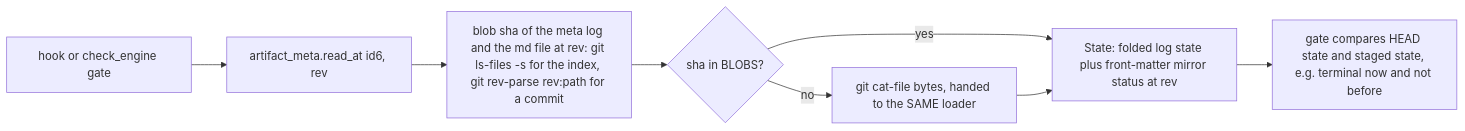
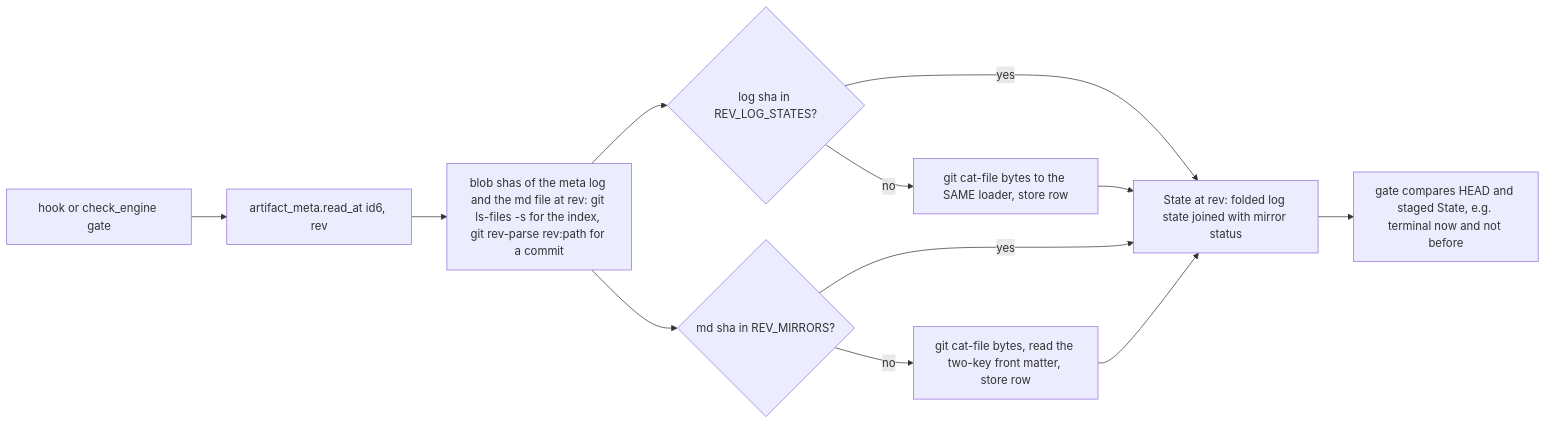
Before and after one commit to fariello/agent-workflows: the sixth of 10 diagrams in .aw/records/specs/reviewed/20260925-metastore-01-4sd62s-artifact-metadata-store.spec.md, drawn with Mermaid. The commit also changed other lines of this file and 1 other file, not shown here.

First line of the commit message:
spec-review: harden 4sd62s round 8 (cache schema, run index, naming rule, write order; revisions applied)

````diff
--- a/.aw/records/specs/reviewed/20260925-metastore-01-4sd62s-artifact-metadata-store.spec.md
+++ b/.aw/records/specs/reviewed/20260925-metastore-01-4sd62s-artifact-metadata-store.spec.md
@@ -758,10 +1094,14 @@
 ```mermaid
 flowchart LR
     A["hook or check_engine gate"] --> B["artifact_meta.read_at id6, rev"]
-    B --> C["blob sha of the meta log and the md file at rev: git ls-files -s for the index, git rev-parse rev:path for a commit"]
-    C --> D{"sha in BLOBS?"}
-    D -- yes --> F
-    D -- no --> E["git cat-file bytes, handed to the SAME loader"]
-    E --> F["State: folded log state plus front-matter mirror status at rev"]
-    F --> G["gate compares HEAD state and staged state, e.g. terminal now and not before"]
+    B --> C["blob shas of the meta log and the md file at rev: git ls-files -s for the index, git rev-parse rev:path for a commit"]
+    C --> D1{"log sha in REV_LOG_STATES?"}
+    C --> D2{"md sha in REV_MIRRORS?"}
+    D1 -- no --> E1["git cat-file bytes to the SAME loader, store row"]
+    D2 -- no --> E2["git cat-file bytes, read the two-key front matter, store row"]
+    D1 -- yes --> F
+    E1 --> F
+    D2 -- yes --> F
+    E2 --> F["State at rev: folded log state joined with mirror status"]
+    F --> G["gate compares HEAD and staged State, e.g. terminal now and not before"]
 ```
````
